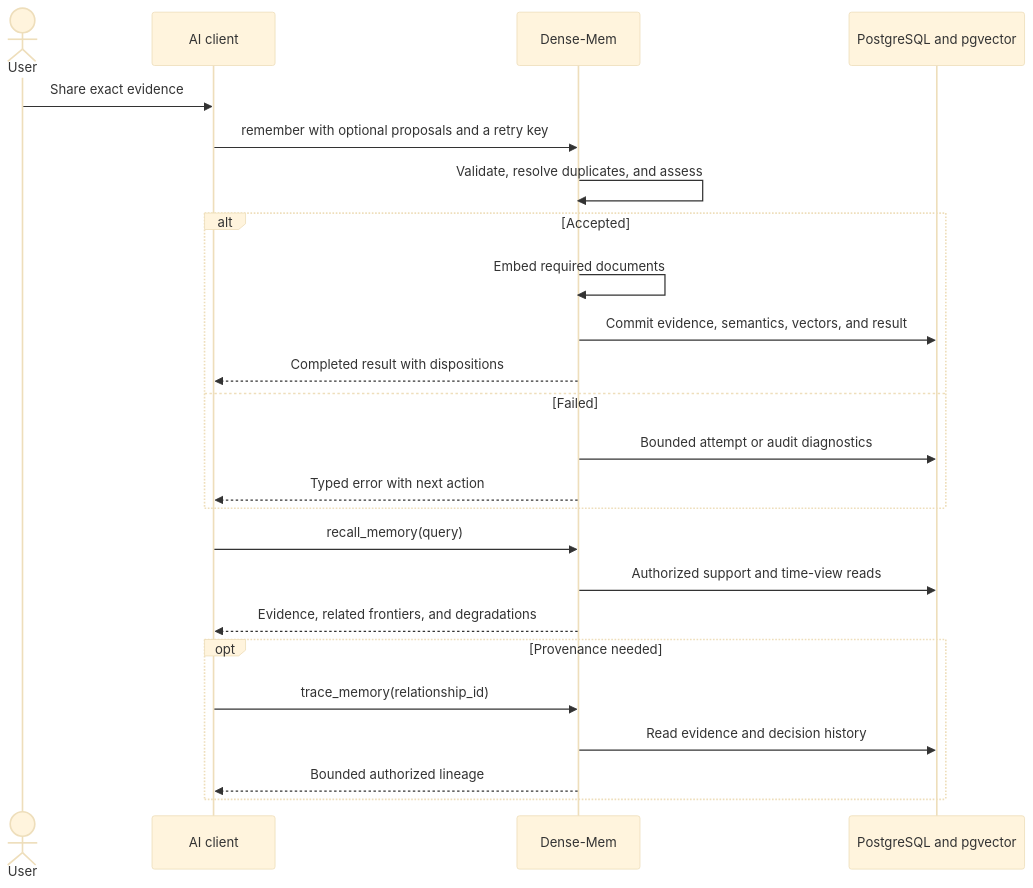
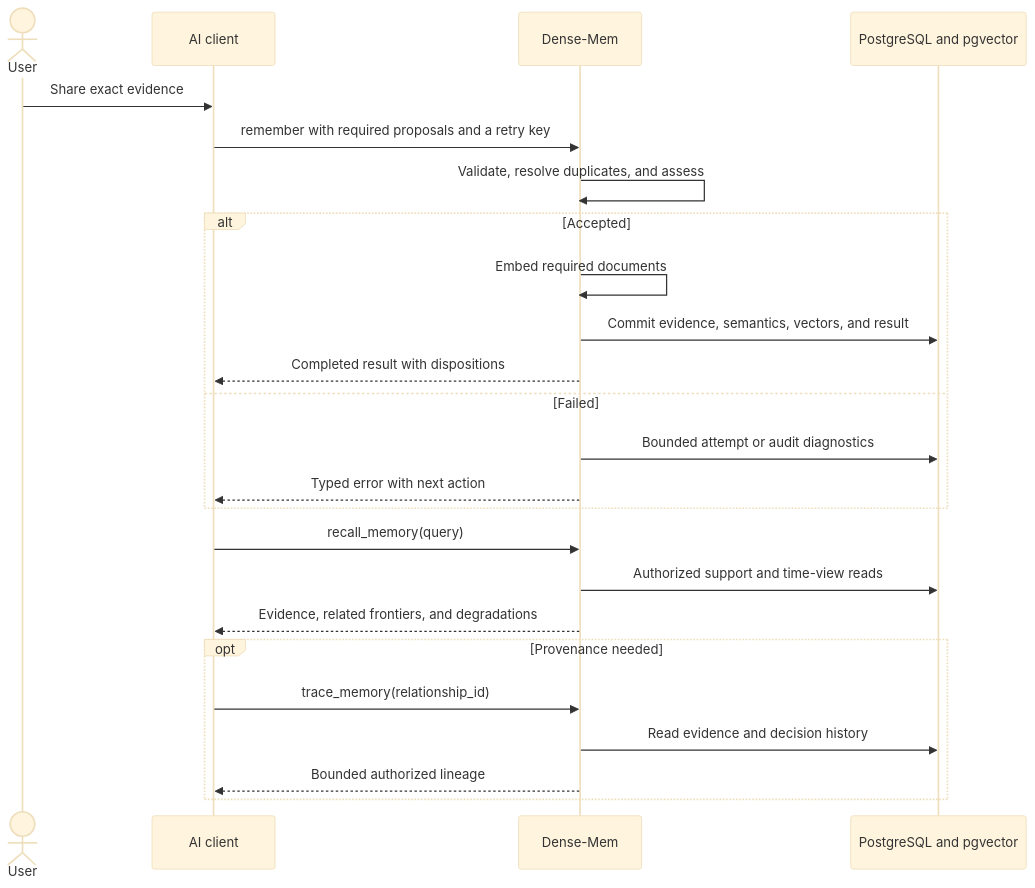
Before and after one commit to markhuangai/dense-mem: the first of 3 diagrams in Home.md, drawn with Mermaid (base theme). The commit also changed other lines of this file and 6 other files, not shown here.

```diff
--- a/Home.md
+++ b/Home.md
@@ -39,27 +46,27 @@
 ~~~mermaid
 %%{init: {"sequence": {"rightAngles": true}}}%%
 sequenceDiagram
   actor User
   participant Host as AI client
   participant DM as Dense-Mem
   participant PG as PostgreSQL and pgvector
   User->>Host: Share exact evidence
-  Host->>DM: remember with optional proposals and a retry key
+  Host->>DM: remember with required proposals and a retry key
   DM->>DM: Validate, resolve duplicates, and assess
   alt Accepted
     DM->>DM: Embed required documents
     DM->>PG: Commit evidence, semantics, vectors, and result
     DM-->>Host: Completed result with dispositions
   else Failed
     DM->>PG: Bounded attempt or audit diagnostics
     DM-->>Host: Typed error with next action
   end
   Host->>DM: recall_memory(query)
   DM->>PG: Authorized support and time-view reads
   DM-->>Host: Evidence, related frontiers, and degradations
   opt Provenance needed
     Host->>DM: trace_memory(relationship_id)
     DM->>PG: Read evidence and decision history
     DM-->>Host: Bounded authorized lineage
   end
 ~~~
```
